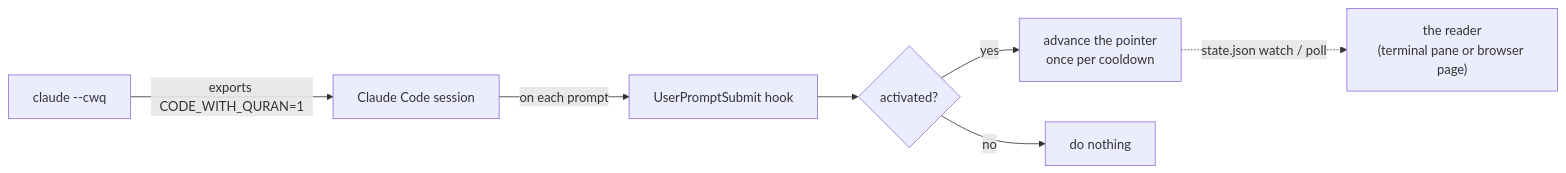
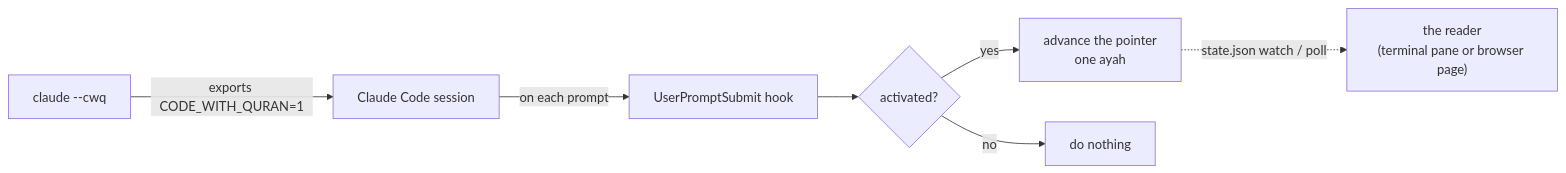
Before and after one commit to bahni-m/code-with-quran: the diagram in README.md, drawn with Mermaid. The commit also changed other lines of this file and 9 other files, not shown here.

````diff
--- a/README.md
+++ b/README.md
@@ -162,9 +166,9 @@
 ```mermaid
 flowchart LR
     A["claude --cwq"] -->|exports CODE_WITH_QURAN=1| B[Claude Code session]
     B -->|on each prompt| C[UserPromptSubmit hook]
     C --> D{activated?}
-    D -->|yes| E[advance the pointer<br/>once per cooldown]
+    D -->|yes| E[advance the pointer<br/>one ayah]
     D -->|no| F[do nothing]
     E -.->|state.json watch / poll| G["the reader<br/>(terminal pane or browser page)"]
 ```
````
